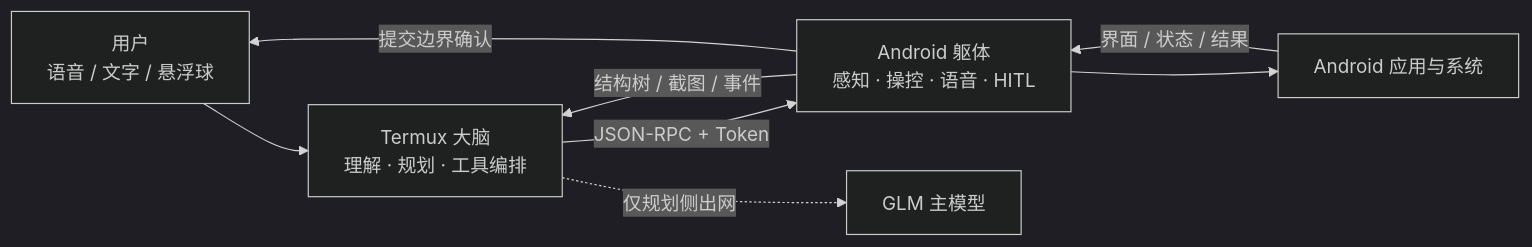
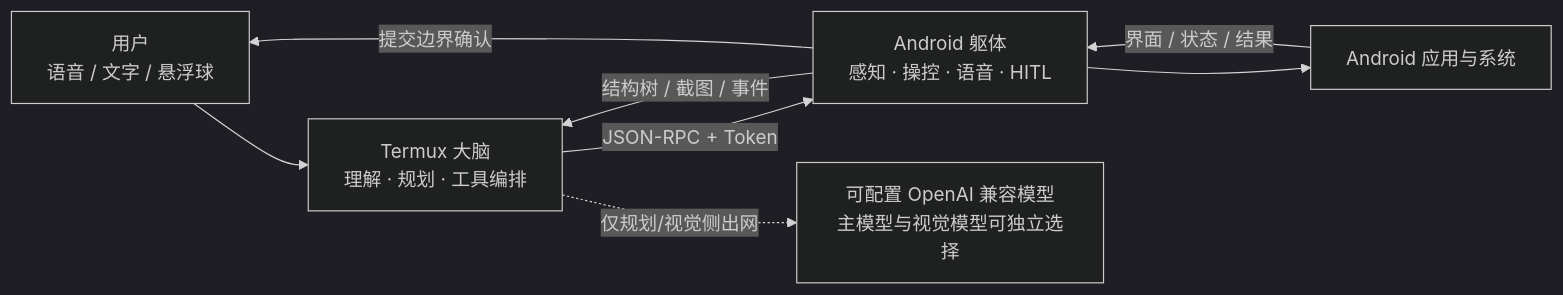
Before and after one commit to taomic2035/SuperAgent-Android: the first of 3 diagrams in README.md, drawn with Mermaid (dark theme). The commit also changed other lines of this file and 27 other files, not shown here.

````diff
--- a/README.md
+++ b/README.md
@@ -31,10 +31,10 @@
 ```mermaid
 flowchart LR
     U[用户<br/>语音 / 文字 / 悬浮球] --> B[Termux 大脑<br/>理解 · 规划 · 工具编排]
     B -->|JSON-RPC + Token| C[Android 躯体<br/>感知 · 操控 · 语音 · HITL]
     C --> A[Android 应用与系统]
     A -->|界面 / 状态 / 结果| C
     C -->|结构树 / 截图 / 事件| B
-    B -.仅规划侧出网.-> M[GLM 主模型]
+    B -.仅规划/视觉侧出网.-> M[可配置 OpenAI 兼容模型<br/>主模型与视觉模型可独立选择]
     C -->|提交边界确认| U
 ```
````
